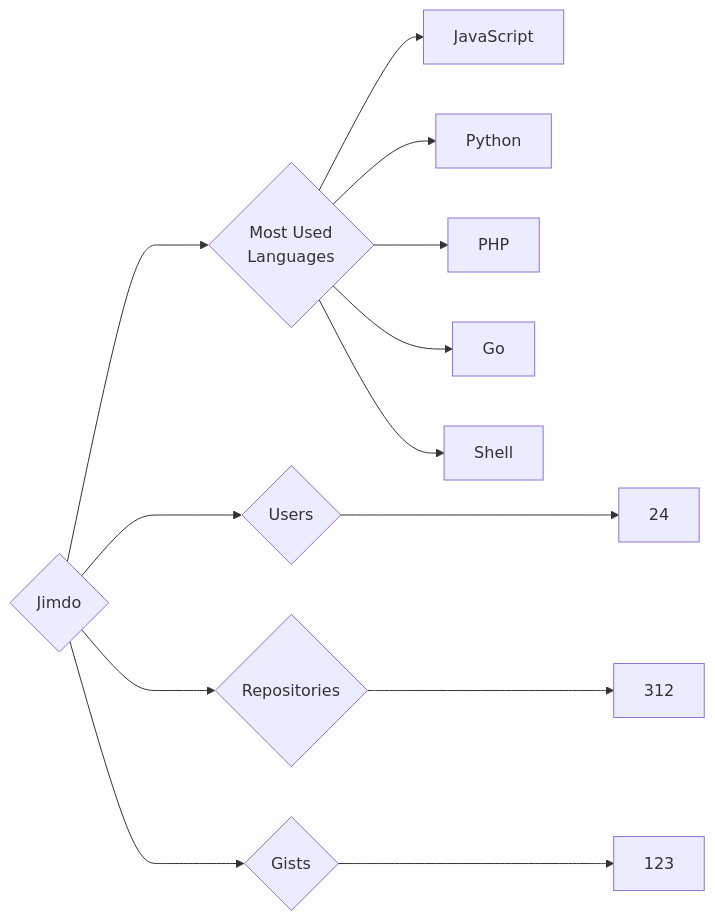
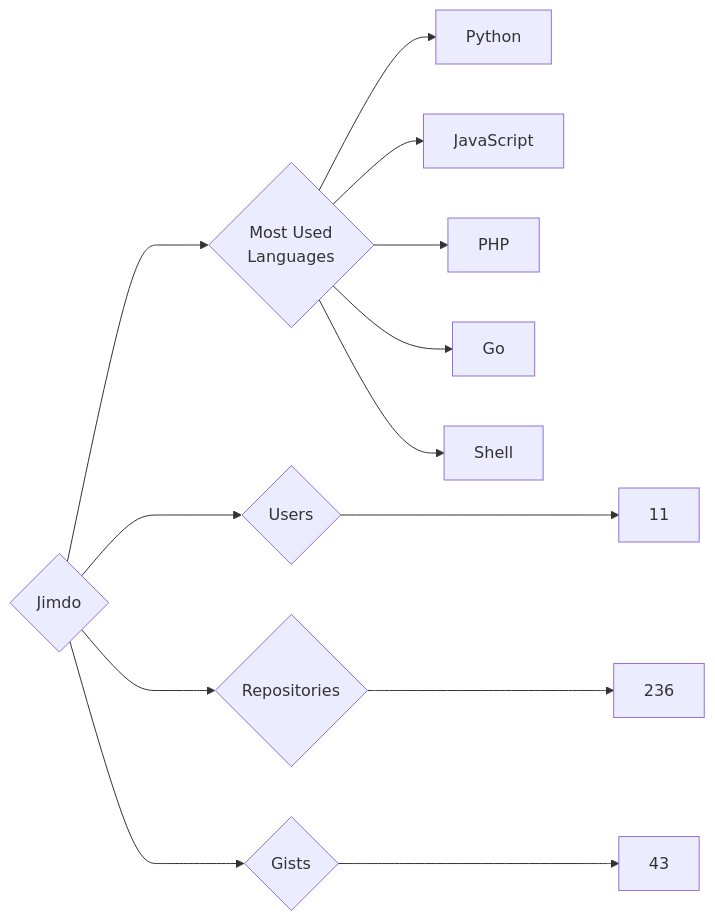
Before and after one commit to trickest/insiders: the diagram in targets/Jimdo/README.md, drawn with Mermaid. The commit also changed 845 other files, not shown here.

````diff
--- a/targets/Jimdo/README.md
+++ b/targets/Jimdo/README.md
@@ -3,13 +3,13 @@
 ```mermaid
 graph LR
 COMPANY_NAME{Jimdo}
-COMPANY_NAME ---> U{Users} ---> UN[24]
-COMPANY_NAME ---> R{Repositories} ---> RN[312]
-COMPANY_NAME ---> G{Gists} ---> GN[123]
+COMPANY_NAME ---> U{Users} ---> UN[11]
+COMPANY_NAME ---> R{Repositories} ---> RN[236]
+COMPANY_NAME ---> G{Gists} ---> GN[43]
 COMPANY_NAME ---> ML{Most Used<br>Languages}
+ML --> Python[Python]
 ML --> JavaScript[JavaScript]
-ML --> Python[Python]
 ML --> PHP[PHP]
 ML --> Go[Go]
 ML --> Shell[Shell]
 ```
````
